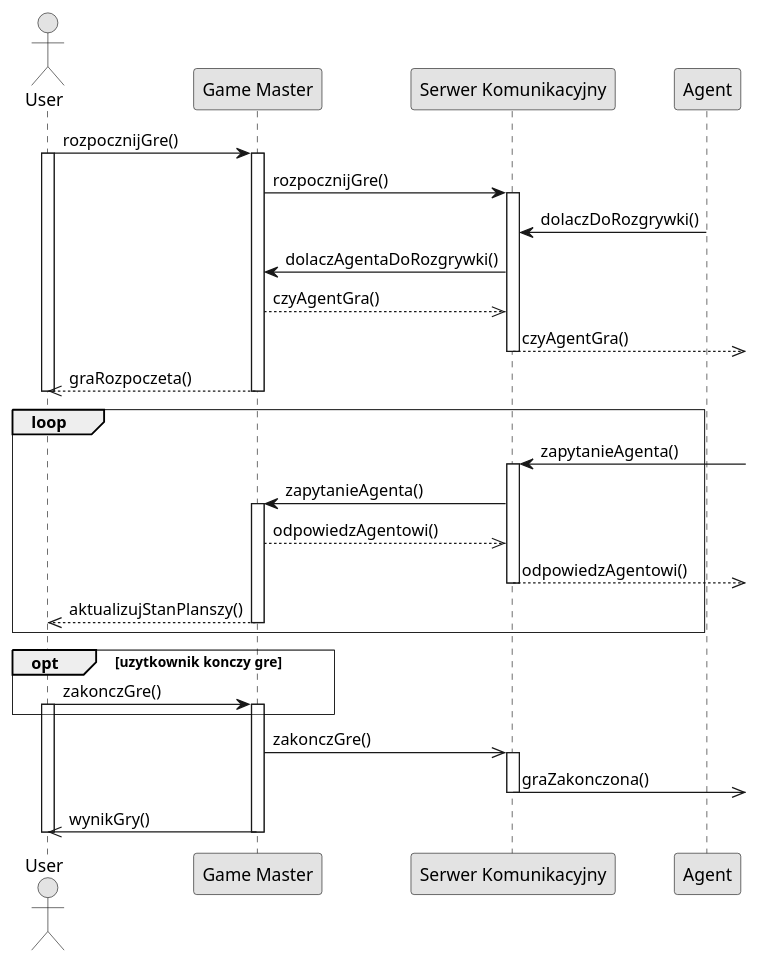
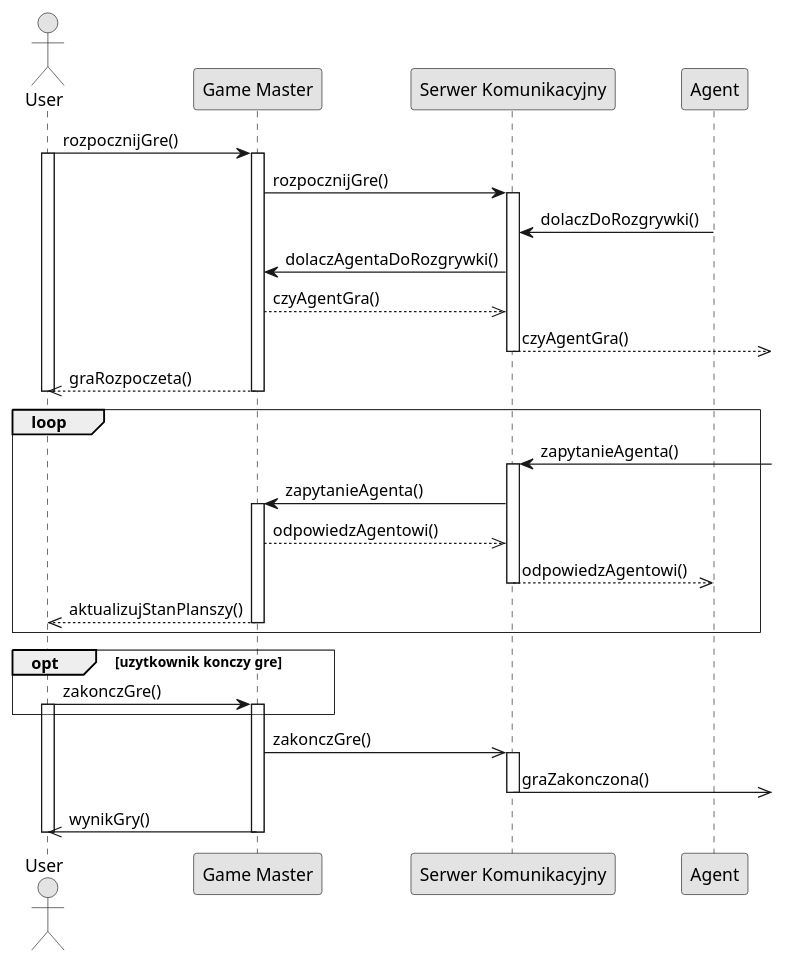
One commit to MINI-IO/IO-project-game changed the diagram in UML/SequenceDiagram/GM.puml. Above: the diagram before and after it, drawn with PlantUML.

```diff
--- a/UML/SequenceDiagram/GM.puml
+++ b/UML/SequenceDiagram/GM.puml
@@ -1,59 +1,59 @@
 @startuml
 
 skinparam shadowing false
 skinparam monochrome true
 skinparam sequenceGroupBorderThickness 0.5
 
 actor User
 participant "Game Master" as gm
 participant "Serwer Komunikacyjny" as sk
 
 User -> gm: rozpocznijGre()
 activate User
 activate gm
 gm -> sk: rozpocznijGre()
 activate sk
 
 sk <- Agent: dolaczDoRozgrywki()
 sk -> gm: dolaczAgentaDoRozgrywki()
 gm -->> sk: czyAgentGra()
 sk -->> : czyAgentGra()
 deactivate sk
 
 gm -->> User: graRozpoczeta()
 deactivate gm
 deactivate User
 
 loop
 	sk <- :zapytanieAgenta()
 	activate sk
 	sk -> gm: zapytanieAgenta()
 	activate gm
 	gm -->> sk: odpowiedzAgentowi()
-	sk -->> : odpowiedzAgentowi()
+	sk -->> Agent : odpowiedzAgentowi()
 	deactivate sk
 	
 	gm -->> User: aktualizujStanPlanszy()
 	deactivate gm
 end
 
 opt uzytkownik konczy gre
 	User -> gm: zakonczGre()
 	activate User
 	activate gm
 end
 
 gm ->> sk: zakonczGre()
 activate sk
 sk ->> : graZakonczona()
 deactivate sk
 
 gm ->> User: wynikGry()
 deactivate gm
 deactivate User
 
 deactivate User
 deactivate gm
 deactivate sk
 
 @enduml
```
